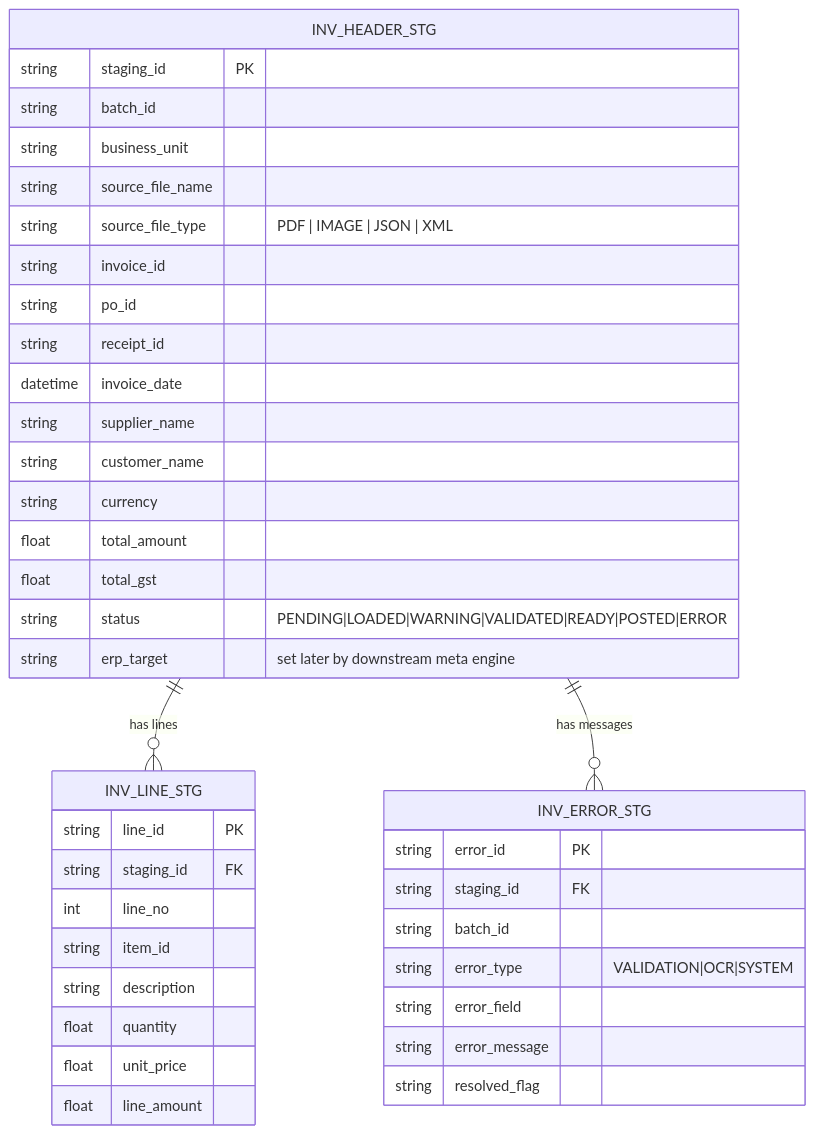
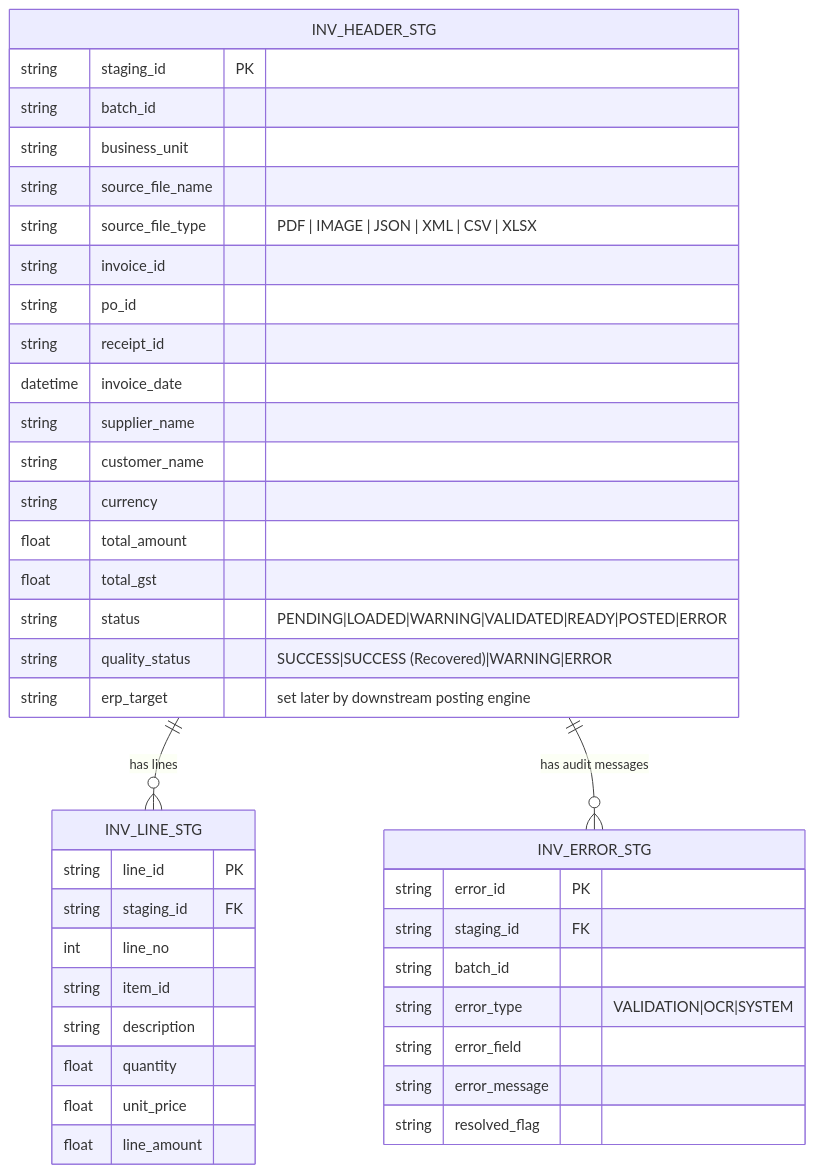
One commit to hmahanta/invoiceload changed the fourth of 4 diagrams in README.md. Above: the diagram before and after it, drawn with Mermaid. The commit also changed other lines of this file, not shown here.

````diff
--- a/README.md
+++ b/README.md
@@ -335,43 +390,44 @@
 ```mermaid
 erDiagram
     INV_HEADER_STG ||--o{ INV_LINE_STG : "has lines"
-    INV_HEADER_STG ||--o{ INV_ERROR_STG : "has messages"
+    INV_HEADER_STG ||--o{ INV_ERROR_STG : "has audit messages"
 
     INV_HEADER_STG {
         string staging_id PK
         string batch_id
         string business_unit
         string source_file_name
-        string source_file_type "PDF | IMAGE | JSON | XML"
+        string source_file_type "PDF | IMAGE | JSON | XML | CSV | XLSX"
         string invoice_id
         string po_id
         string receipt_id
         datetime invoice_date
         string supplier_name
         string customer_name
         string currency
         float total_amount
         float total_gst
         string status "PENDING|LOADED|WARNING|VALIDATED|READY|POSTED|ERROR"
-        string erp_target "set later by downstream meta engine"
+        string quality_status "SUCCESS|SUCCESS (Recovered)|WARNING|ERROR"
+        string erp_target "set later by downstream posting engine"
     }
     INV_LINE_STG {
         string line_id PK
         string staging_id FK
         int line_no
         string item_id
         string description
         float quantity
         float unit_price
         float line_amount
     }
     INV_ERROR_STG {
         string error_id PK
         string staging_id FK
         string batch_id
         string error_type "VALIDATION|OCR|SYSTEM"
         string error_field
         string error_message
         string resolved_flag
     }
 ```
````
